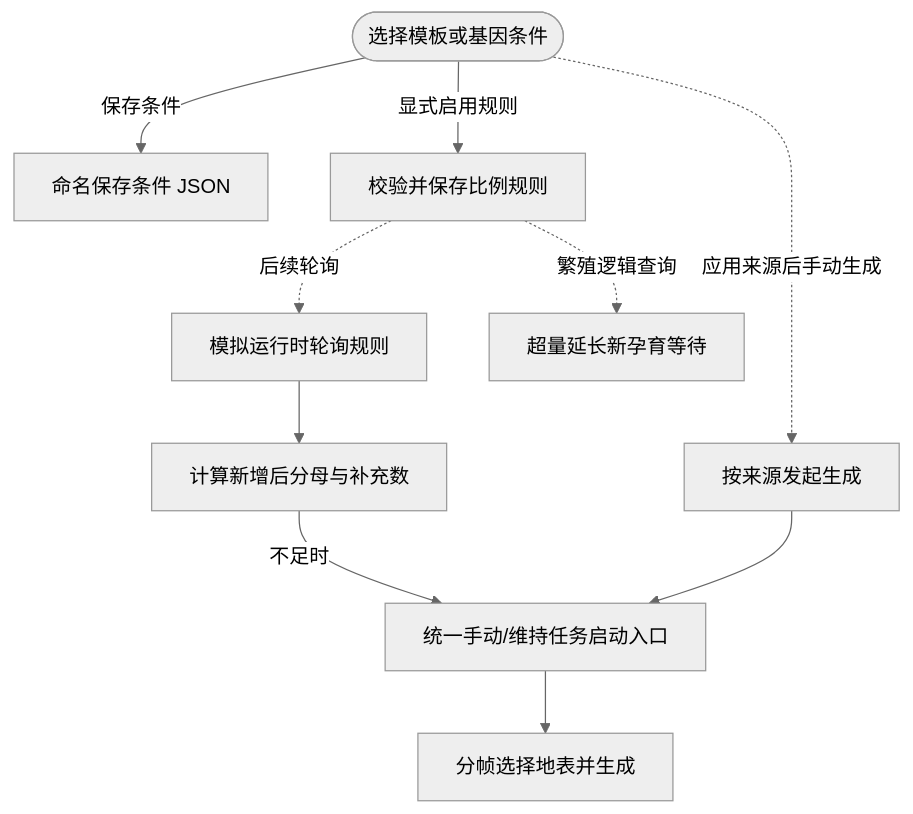
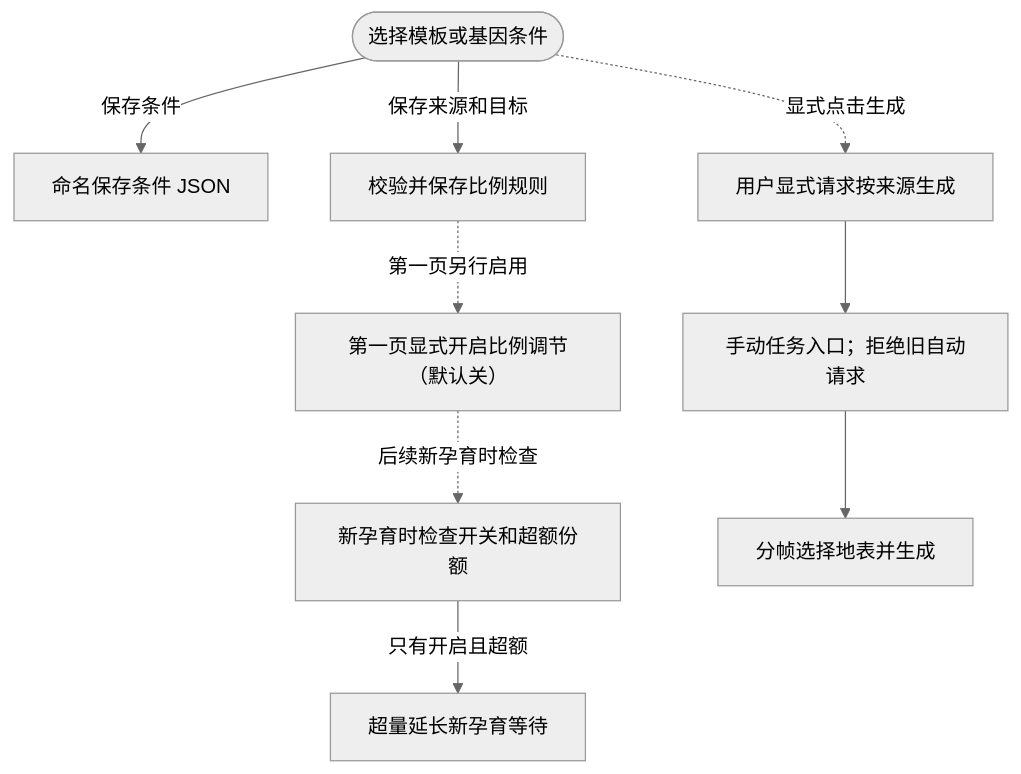
One commit to xhs6666/Darwin_paradise changed the seventh of 12 diagrams in Docs/运行流程图/主流程.md. Above: the diagram before and after it, drawn with Mermaid (neutral theme). The commit also changed other lines of this file and 114 other files, not shown here.

````diff
--- a/Docs/运行流程图/主流程.md
+++ b/Docs/运行流程图/主流程.md
@@ -321,22 +321,21 @@
 ```mermaid
 flowchart TD
   n0(["选择模板或基因条件"])
   n1["命名保存条件 JSON"]
   n2["校验并保存比例规则"]
-  n3["模拟运行时轮询规则"]
-  n4["计算新增后分母与补充数"]
-  n5["按来源发起生成"]
+  n3["第一页显式开启比例调节（默认关）"]
+  n4["新孕育时检查开关和超额份额"]
+  n5["用户显式请求按来源生成"]
   n6["分帧选择地表并生成"]
   n7["超量延长新孕育等待"]
-  n8["统一手动/维持任务启动入口"]
+  n8["手动任务入口；拒绝旧自动请求"]
   n0 -->|"保存条件"| n1
-  n0 -->|"显式启用规则"| n2
-  n0 -. "应用来源后手动生成" .-> n5
-  n2 -. "后续轮询" .-> n3
-  n3 --> n4
-  n4 -->|"不足时"| n8
+  n0 -->|"保存来源和目标"| n2
+  n0 -. "显式点击生成" .-> n5
+  n2 -. "第一页另行启用" .-> n3
+  n3 -. "后续新孕育时检查" .-> n4
+  n4 -->|"只有开启且超额"| n7
   n5 --> n8
   n8 --> n6
-  n2 -. "繁殖逻辑查询" .-> n7
 
 ```
````
